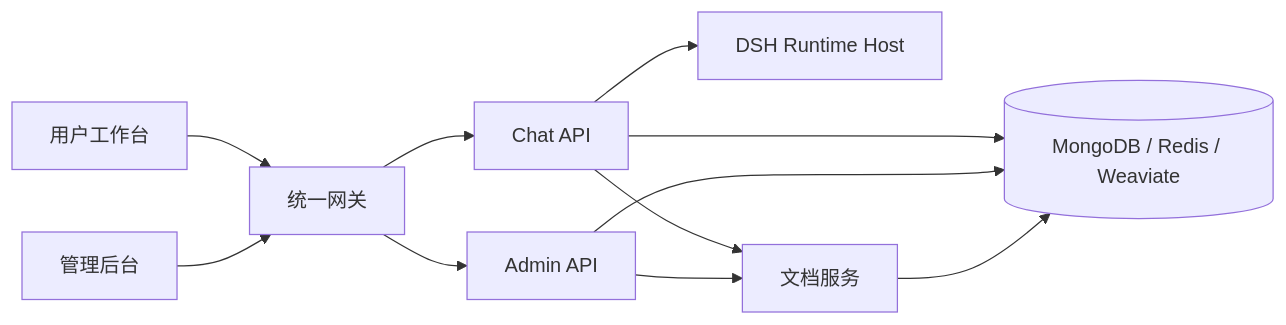
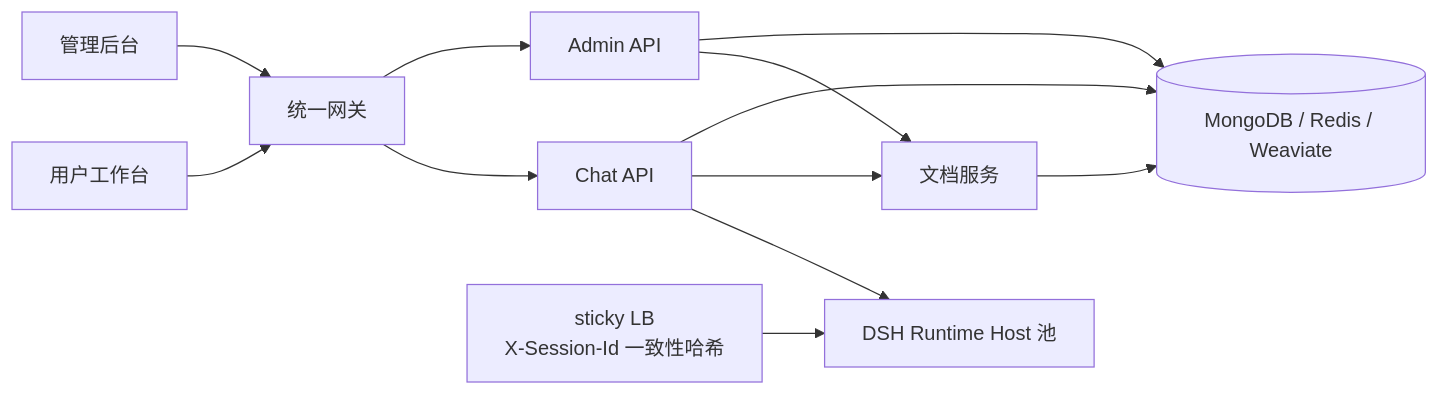
One commit to cooper2006/mogo changed the diagram in README.zh-CN.md. Above: the diagram before and after it, drawn with Mermaid. The commit also changed other lines of this file and 2 other files, not shown here.

````diff
--- a/README.zh-CN.md
+++ b/README.zh-CN.md
@@ -155,13 +205,14 @@
 ```mermaid
 flowchart LR
     U[用户工作台] --> G[统一网关]
     A[管理后台] --> G
     G --> C[Chat API]
     G --> M[Admin API]
-    C --> D[DSH Runtime Host]
+    C --> D[DSH Runtime Host 池]
     C --> P[文档服务]
     M --> P
     C --> S[(MongoDB / Redis / Weaviate)]
     M --> S
     P --> S
+    LB[sticky LB<br/>X-Session-Id 一致性哈希] --> D
 ```
````
